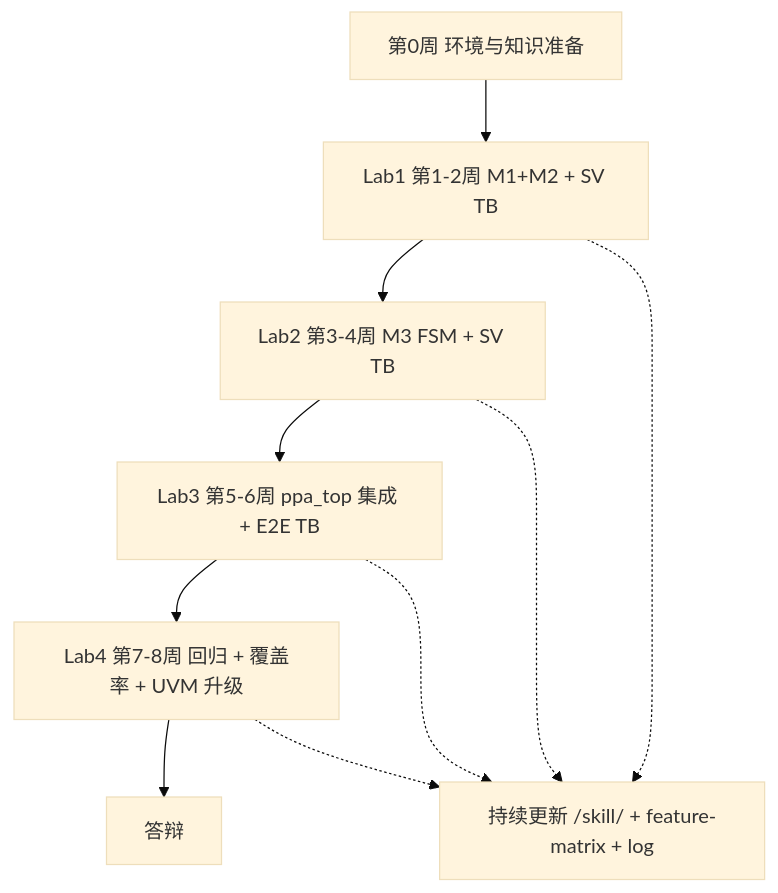
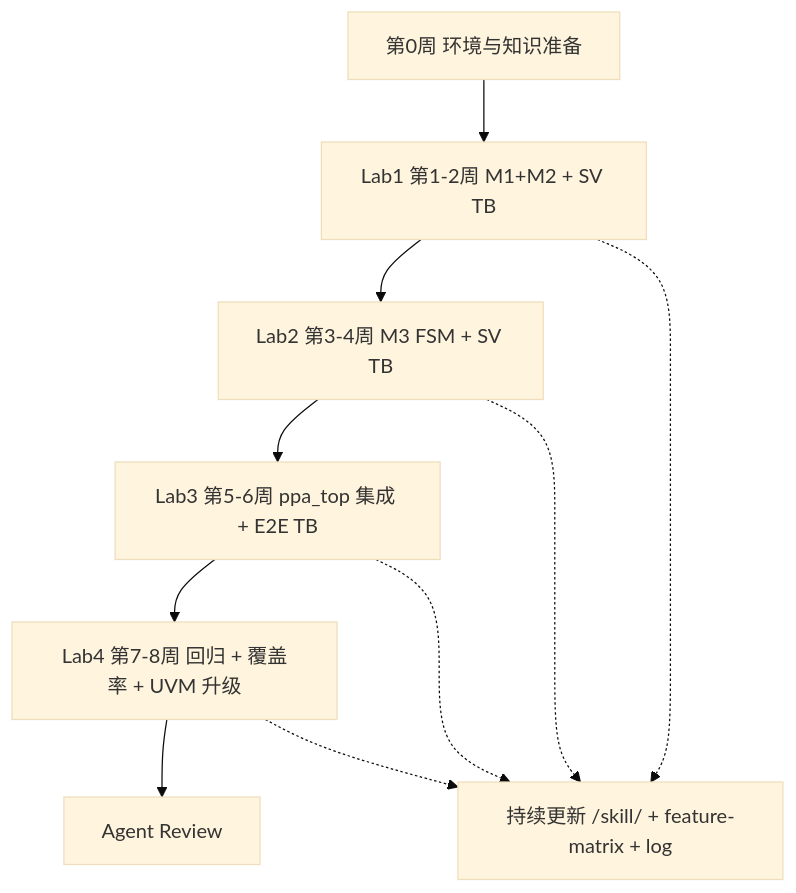
Before and after one commit to AArlert/rkv_v1pro_labs: the third of 10 diagrams in ppa-lab-copilot/doc/ppa-plan.md, drawn with Mermaid (base theme). The commit also changed other lines of this file and 31 other files, not shown here.

````diff
--- a/ppa-lab-copilot/doc/ppa-plan.md
+++ b/ppa-lab-copilot/doc/ppa-plan.md
@@ -85,13 +151,13 @@
 ```mermaid
 flowchart TB
     S0["第0周 环境与知识准备"] --> S1["Lab1 第1-2周 M1+M2 + SV TB"]
     S1 --> S2["Lab2 第3-4周 M3 FSM + SV TB"]
     S2 --> S3["Lab3 第5-6周 ppa_top 集成 + E2E TB"]
     S3 --> S4["Lab4 第7-8周 回归 + 覆盖率 + UVM 升级"]
-    S4 --> SF["答辩"]
+    S4 --> SF["Agent Review"]
 
     S1 -.-> SK["持续更新 /skill/ + feature-matrix + log"]
     S2 -.-> SK
     S3 -.-> SK
     S4 -.-> SK
 ```
````
